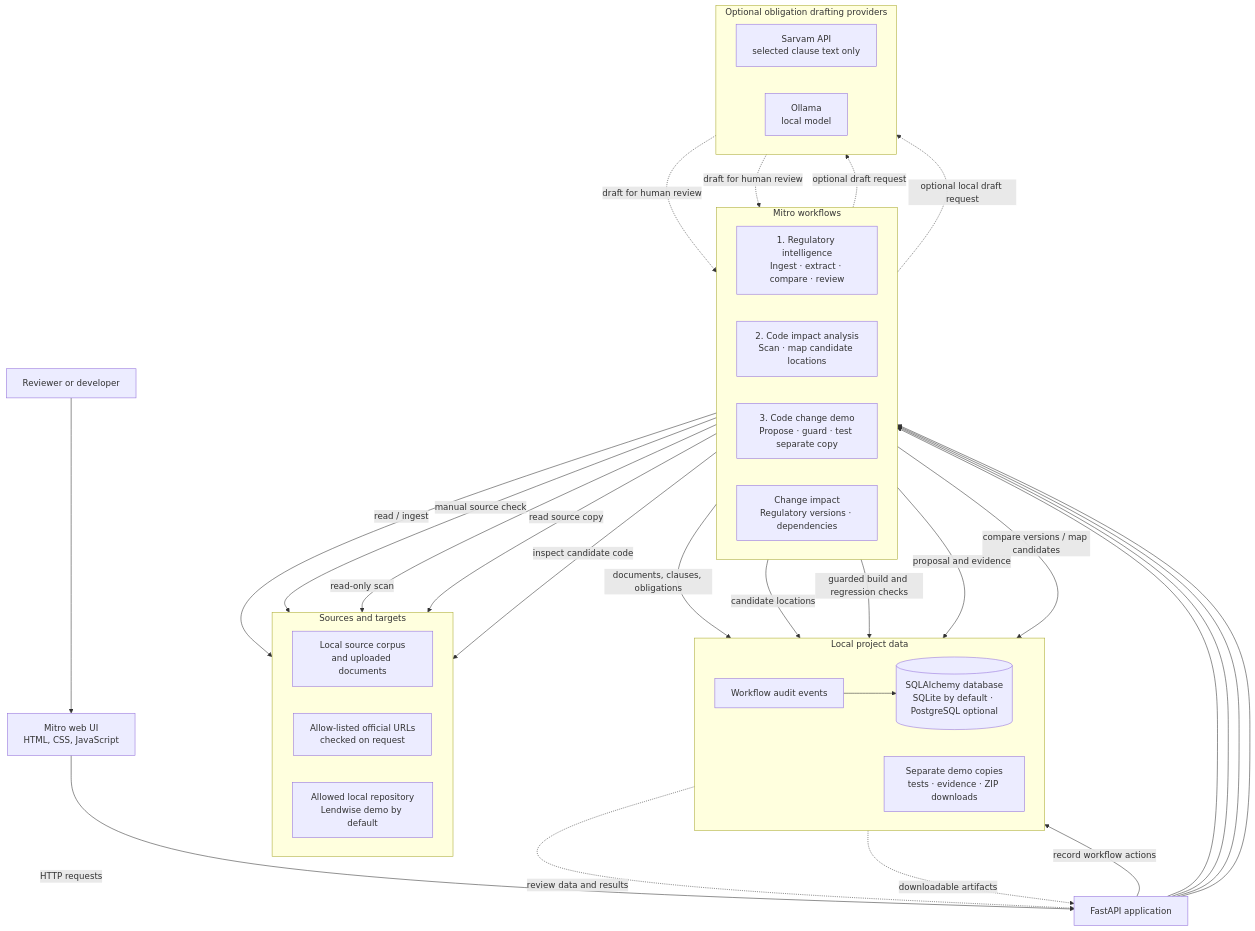
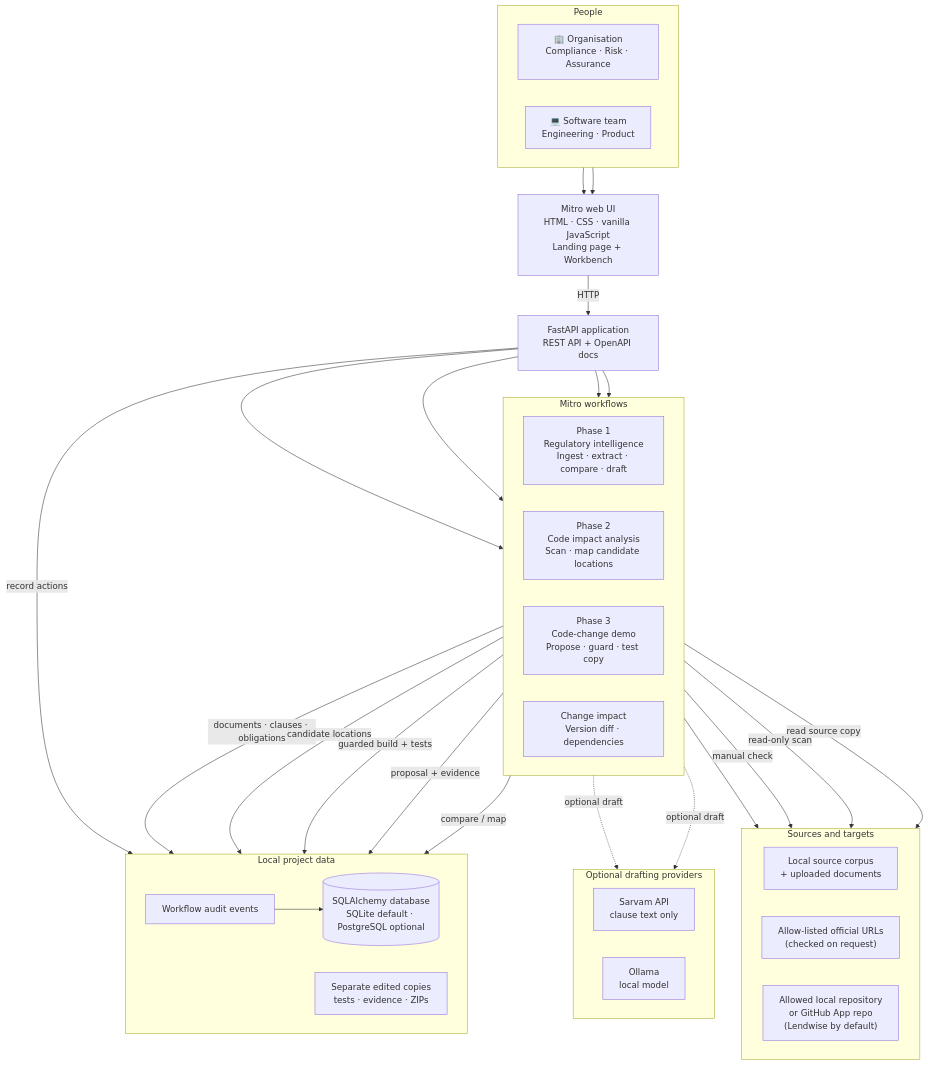
The first of 4 diagrams in README.md (Janshu76/Mitro), drawn with Mermaid before and after one commit. The commit also changed other lines of this file, not shown here.

````diff
--- a/README.md
+++ b/README.md
@@ -75,58 +125,61 @@
 ```mermaid
 flowchart TB
-    Reviewer[Reviewer or developer] --> Browser[Mitro web UI<br/>HTML, CSS, JavaScript]
-    Browser -->|HTTP requests| API[FastAPI application]
+    subgraph Users["People"]
+        direction LR
+        ORG["🏢 Organisation<br/>Compliance · Risk · Assurance"]
+        DEV["💻 Software team<br/>Engineering · Product"]
+    end
+
+    UI["Mitro web UI<br/>HTML · CSS · vanilla JavaScript<br/>Landing page + Workbench"]
+    API["FastAPI application<br/>REST API + OpenAPI docs"]
+
+    ORG --> UI
+    DEV --> UI
+    UI -->|HTTP| API
+
+    subgraph Workflows["Mitro workflows"]
+        direction LR
+        P1["Phase 1<br/>Regulatory intelligence<br/>Ingest · extract · compare · draft"]
+        P2["Phase 2<br/>Code impact analysis<br/>Scan · map candidate locations"]
+        P3["Phase 3<br/>Code-change demo<br/>Propose · guard · test copy"]
+        P4["Change impact<br/>Version diff · dependencies"]
+    end
+
     API --> P1
     API --> P2
     API --> P3
     API --> P4
 
-    subgraph Workflows[Mitro workflows]
+    subgraph Inputs["Sources and targets"]
         direction LR
-        P1["1. Regulatory intelligence<br/>Ingest · extract · compare · review"]
-        P2["2. Code impact analysis<br/>Scan · map candidate locations"]
-        P3["3. Code change demo<br/>Propose · guard · test separate copy"]
-        P4["Change impact<br/>Regulatory versions · dependencies"]
+        CORPUS["Local source corpus<br/>+ uploaded documents"]
+        OFFICIAL["Allow-listed official URLs<br/>(checked on request)"]
+        REPO["Allowed local repository<br/>or GitHub App repo<br/>(Lendwise by default)"]
     end
 
-    subgraph Inputs[Sources and targets]
+    subgraph Storage["Local project data"]
         direction LR
-        Corpus[Local source corpus<br/>and uploaded documents]
-        Official[Allow-listed official URLs<br/>checked on request]
-        Repository[Allowed local repository<br/>Lendwise demo by default]
+        DB[("SQLAlchemy database<br/>SQLite default · PostgreSQL optional")]
+        COPIES["Separate edited copies<br/>tests · evidence · ZIPs"]
+        AUDIT["Workflow audit events"]
     end
 
-    subgraph Storage[Local project data]
+    subgraph AI["Optional drafting providers"]
         direction LR
-        Database[(SQLAlchemy database<br/>SQLite by default · PostgreSQL optional)]
-        Copies[Separate demo copies<br/>tests · evidence · ZIP downloads]
-        Audit[Workflow audit events]
+        SARVAM["Sarvam API<br/>clause text only"]
+        OLLAMA["Ollama<br/>local model"]
     end
 
-    subgraph Drafting[Optional obligation drafting providers]
-        direction LR
-        Sarvam[Sarvam API<br/>selected clause text only]
-        Ollama[Ollama<br/>local model]
-    end
-
-    P1 -->|read / ingest| Corpus
-    P1 -->|manual source check| Official
-    P1 -->|documents, clauses, obligations| Database
-    P1 -.->|optional draft request| Sarvam
-    P1 -.->|optional local draft request| Ollama
-    Sarvam -.->|draft for human review| P1
-    Ollama -.->|draft for human review| P1
-
-    P2 -->|read-only scan| Repository
-    P2 -->|candidate locations| Database
-    P3 -->|read source copy| Repository
-    P3 -->|guarded build and regression checks| Copies
-    P3 -->|proposal and evidence| Database
-    P4 -->|compare versions / map candidates| Database
-    P4 -->|inspect candidate code| Repository
-    API -->|record workflow actions| Audit
-    Audit --> Database
-
-    Database -.->|review data and results| API
-    Copies -.->|downloadable artifacts| API
+    P1 --> CORPUS
+    P1 -->|manual check| OFFICIAL
+    P1 -->|documents · clauses · obligations| DB
+    P1 -.->|optional draft| SARVAM
+    P1 -.->|optional draft| OLLAMA
+    P2 -->|read-only scan| REPO
+    P2 -->|candidate locations| DB
+    P3 -->|read source copy| REPO
+    P3 -->|guarded build + tests| COPIES
+    P3 -->|proposal + evidence| DB
+    P4 -->|compare / map| DB
+    API -->|record actions| AUDIT --> DB
 ```
````
